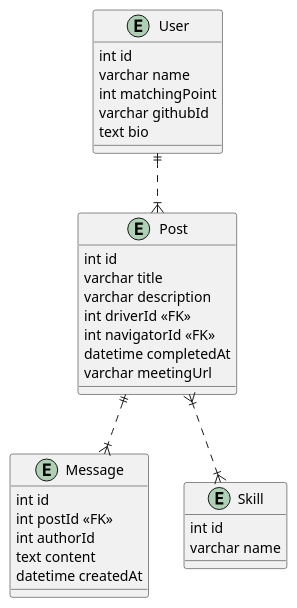
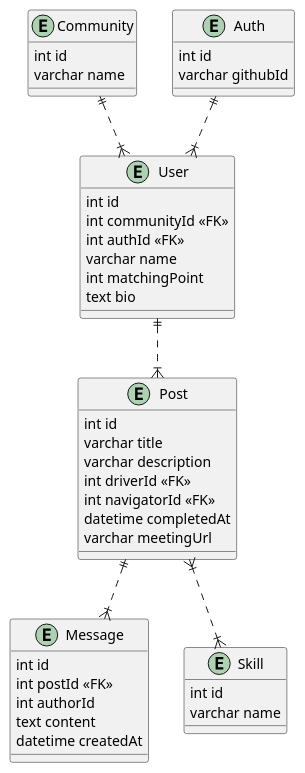
Before and after one commit to 42supporters-hackason/pair-pro: the diagram in docs/db.puml, drawn with PlantUML.

Commit message:
fix puml doc

```diff
--- a/docs/db.puml
+++ b/docs/db.puml
@@ -1,38 +1,51 @@
 @startuml P2P-matching db
+
+entity Community {
+  int id
+  varchar name
+}
+
+entity Auth {
+  int id
+  varchar githubId
+}
 
 entity User {
   int id
+  int communityId <<FK>>
+  int authId <<FK>>
   varchar name
   int matchingPoint
-  varchar githubId
   text bio
 }
 
 entity Message {
   int id
   int postId <<FK>>
   int authorId
   text content
   datetime createdAt
 }
 
 entity Post {
   int id
   varchar title
   varchar description
   int driverId <<FK>>
   int navigatorId <<FK>>
   datetime completedAt
   varchar meetingUrl
 }
 
 entity Skill { 
   int id
   varchar name
 }
 
+Community ||..|{ User
+Auth ||..|{ User
 User ||..|{ Post
 Post }|..|{ Skill
 Post ||..|{ Message
 
 @enduml
```
